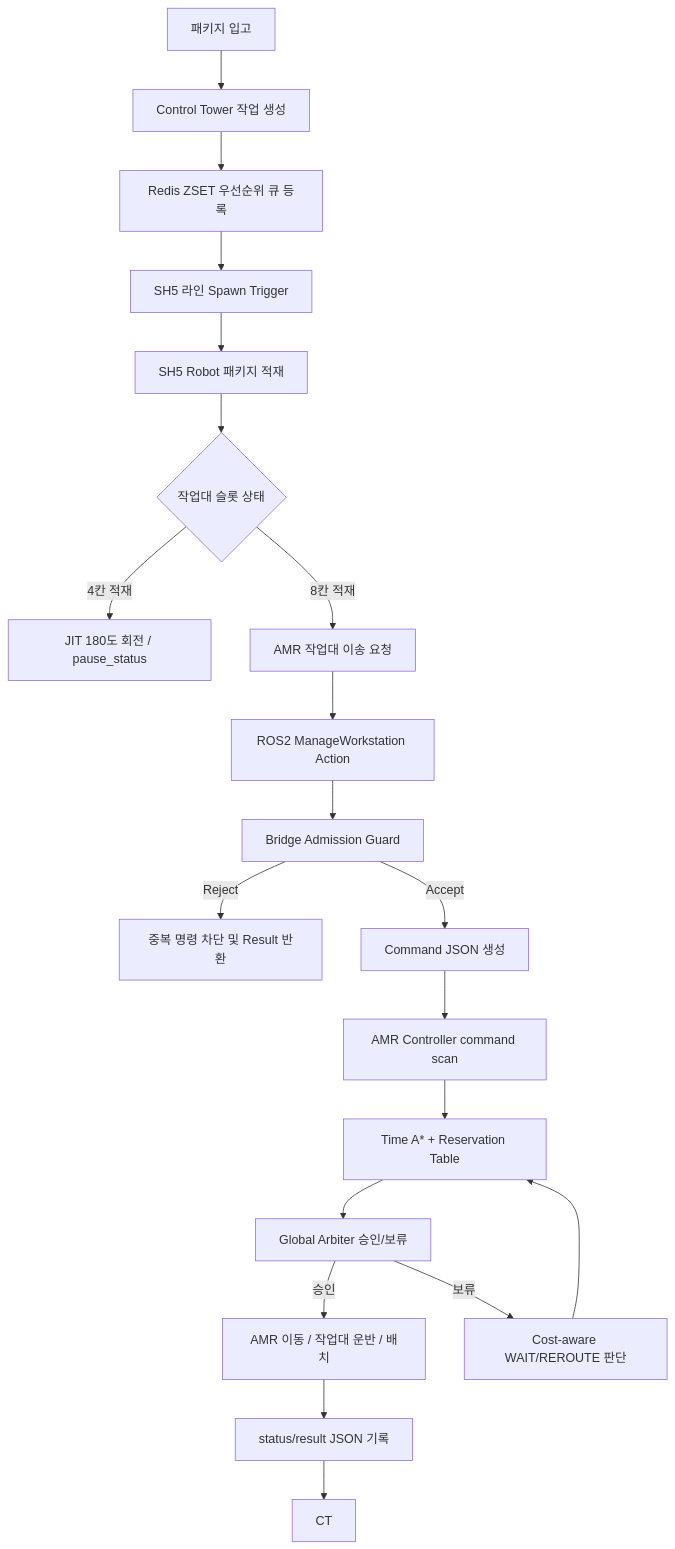
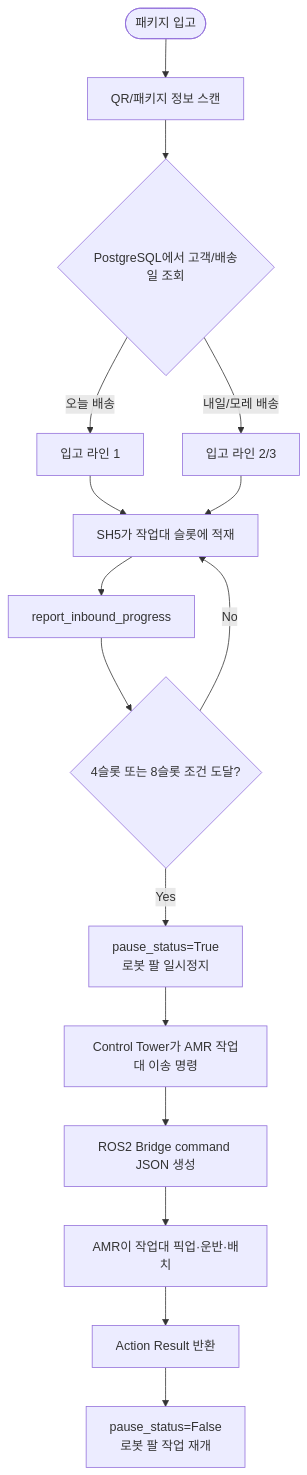
Before and after one commit to sungwung1201/SNFC: the second of 3 diagrams in README.md, drawn with Mermaid. The commit also changed other lines of this file, not shown here.

````diff
--- a/README.md
+++ b/README.md
@@ -267,22 +205,18 @@
 ```mermaid
 flowchart TD
-    A[패키지 입고] --> B[Control Tower 작업 생성]
-    B --> C[Redis ZSET 우선순위 큐 등록]
-    C --> D[SH5 라인 Spawn Trigger]
-    D --> E[SH5 Robot 패키지 적재]
-    E --> F{작업대 슬롯 상태}
-    F -->|4칸 적재| G[JIT 180도 회전 / pause_status]
-    F -->|8칸 적재| H[AMR 작업대 이송 요청]
-    H --> I[ROS2 ManageWorkstation Action]
-    I --> J[Bridge Admission Guard]
-    J -->|Reject| R[중복 명령 차단 및 Result 반환]
-    J -->|Accept| K[Command JSON 생성]
-    K --> L[AMR Controller command scan]
-    L --> M[Time A* + Reservation Table]
-    M --> N[Global Arbiter 승인/보류]
-    N -->|승인| O[AMR 이동 / 작업대 운반 / 배치]
-    N -->|보류| P[Cost-aware WAIT/REROUTE 판단]
-    P --> M
-    O --> Q[status/result JSON 기록]
-    Q --> CT
+    Start([패키지 입고]) --> Scan[QR/패키지 정보 스캔]
+    Scan --> DB{PostgreSQL에서 고객/배송일 조회}
+    DB -->|오늘 배송| In1[입고 라인 1]
+    DB -->|내일/모레 배송| In23[입고 라인 2/3]
+    In1 --> SH5Load[SH5가 작업대 슬롯에 적재]
+    In23 --> SH5Load
+    SH5Load --> Report[report_inbound_progress]
+    Report --> Count{4슬롯 또는 8슬롯 조건 도달?}
+    Count -->|No| SH5Load
+    Count -->|Yes| Pause[pause_status=True\n로봇 팔 일시정지]
+    Pause --> AMRCall[Control Tower가 AMR 작업대 이송 명령]
+    AMRCall --> Bridge[ROS2 Bridge command JSON 생성]
+    Bridge --> AMRMove[AMR이 작업대 픽업·운반·배치]
+    AMRMove --> Result[Action Result 반환]
+    Result --> Resume[pause_status=False\n로봇 팔 작업 재개]
 ```
````
